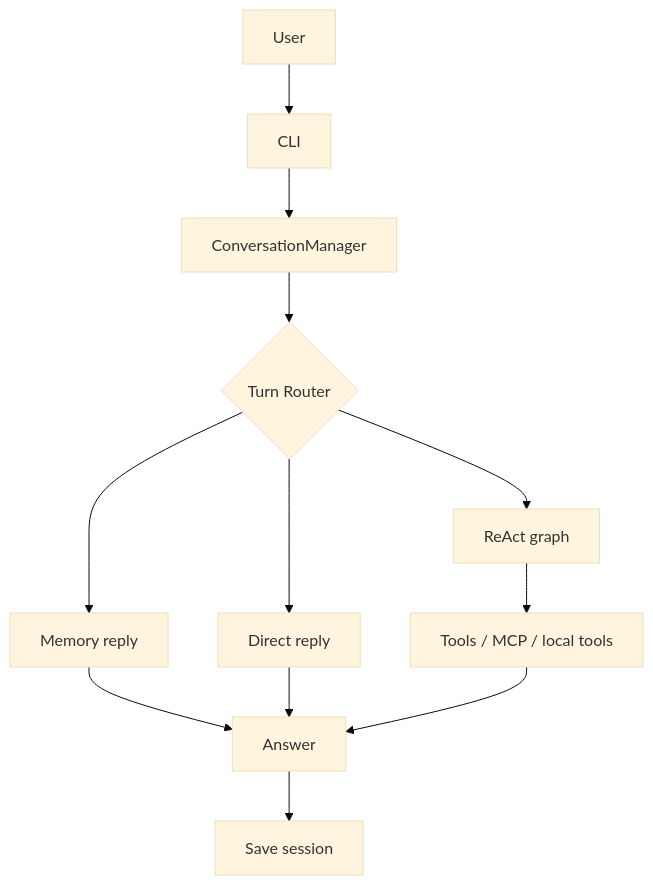
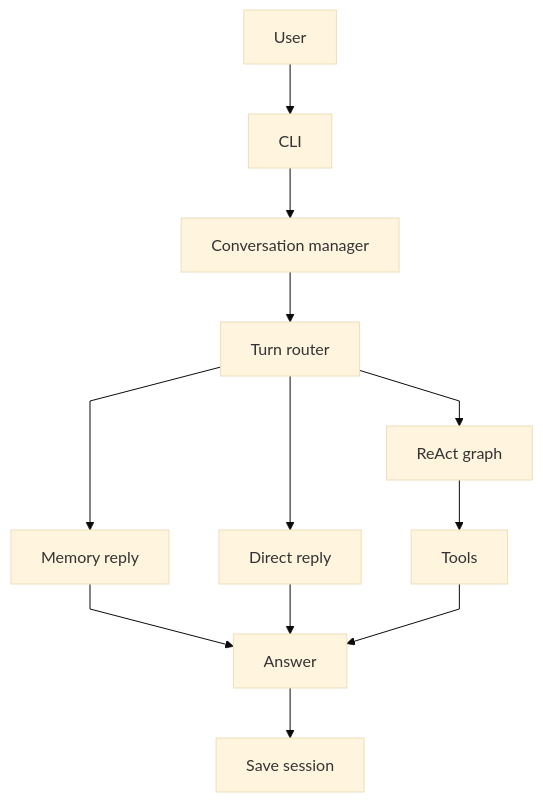
The first of 3 diagrams in MICRO_AGENT_ARCHITECTURE.en.md (deepfrish/micro-agent), drawn with Mermaid (base theme) before and after one commit. The commit also changed other lines of this file and 1 other file, not shown here.

Commit message:
docs: stabilize mermaid diagrams

````diff
--- a/MICRO_AGENT_ARCHITECTURE.en.md
+++ b/MICRO_AGENT_ARCHITECTURE.en.md
@@ -7,14 +7,15 @@
 ```mermaid
-graph TD
-    U["User"] --> CLI["CLI"]
-    CLI --> CM["ConversationManager"]
-    CM --> TR{"Turn Router"}
-    TR --> MR["Memory reply"]
-    TR --> DR["Direct reply"]
-    TR --> RG["ReAct graph"]
-    MR --> ANS["Answer"]
-    DR --> ANS
-    RG --> TOOLS["Tools / MCP / local tools"]
-    TOOLS --> ANS
-    ANS --> SAVE["Save session"]
+%%{init: {'flowchart': {'defaultRenderer': 'dagre', 'curve': 'linear'}}}%%
+flowchart TB
+    U[User] --> CLI[CLI]
+    CLI --> CM[Conversation manager]
+    CM --> ROUTER[Turn router]
+    ROUTER --> MEM[Memory reply]
+    ROUTER --> DIR[Direct reply]
+    ROUTER --> ACT[ReAct graph]
+    MEM --> OUT[Answer]
+    DIR --> OUT
+    ACT --> TOOLS[Tools]
+    TOOLS --> OUT
+    OUT --> SAVE[Save session]
 ```
````
